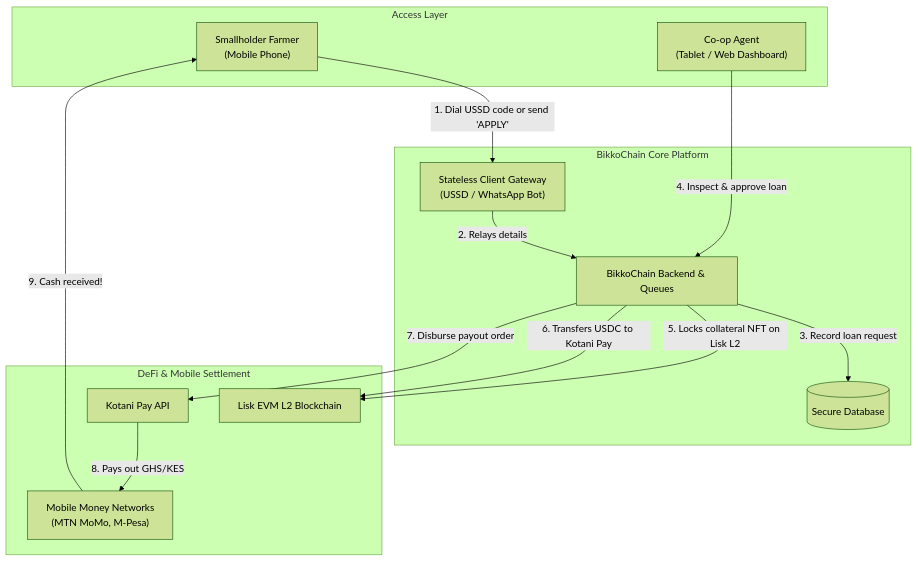
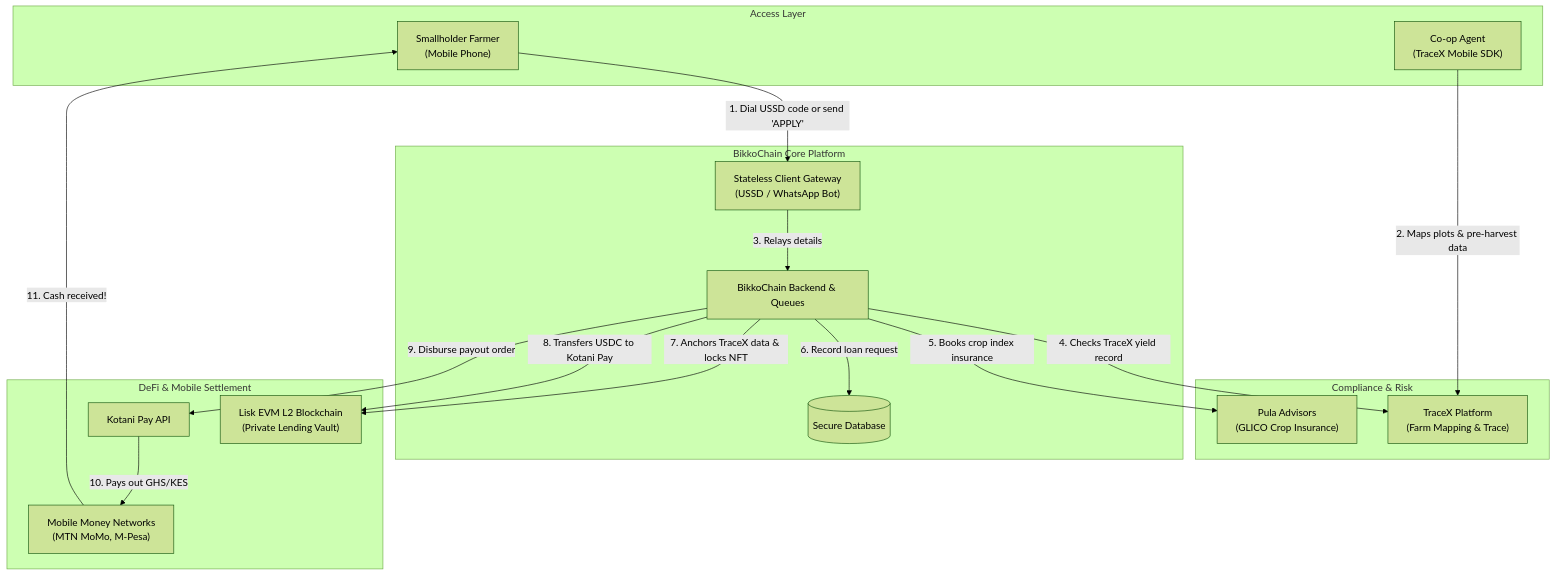
Before and after one commit to BikkoFarms/bikkofarms-platform: the first of 7 diagrams in system_architecture.md, drawn with Mermaid (forest theme). The commit also changed other lines of this file and 16 other files, not shown here.

````diff
--- a/system_architecture.md
+++ b/system_architecture.md
@@ -19,32 +21,39 @@
 ```mermaid
 graph TD
     subgraph Users ["Access Layer"]
         FARMER["Smallholder Farmer\n(Mobile Phone)"]
-        AGENT["Co-op Agent\n(Tablet / Web Dashboard)"]
+        AGENT["Co-op Agent\n(TraceX Mobile SDK)"]
     end
 
     subgraph Platform ["BikkoChain Core Platform"]
         BOT["Stateless Client Gateway\n(USSD / WhatsApp Bot)"]
         BACK["BikkoChain Backend & Queues"]
         DB[(Secure Database)]
     end
 
+    subgraph TraceCompliance ["Compliance & Risk"]
+        TRACEX["TraceX Platform\n(Farm Mapping & Trace)"]
+        PULA["Pula Advisors\n(GLICO Crop Insurance)"]
+    end
+
     subgraph Financial ["DeFi & Mobile Settlement"]
-        CHAIN["Lisk EVM L2 Blockchain"]
+        CHAIN["Lisk EVM L2 Blockchain\n(Private Lending Vault)"]
         KOTANI["Kotani Pay API"]
         MOMO["Mobile Money Networks\n(MTN MoMo, M-Pesa)"]
     end
 
     %% User Interaction
     FARMER -->|1. Dial USSD code or send 'APPLY'| BOT
-    BOT -->|2. Relays details| BACK
-    BACK -->|3. Record loan request| DB
-    AGENT -->|4. Inspect & approve loan| BACK
+    AGENT -->|2. Maps plots & pre-harvest data| TRACEX
+    BOT -->|3. Relays details| BACK
+    BACK -->|4. Checks TraceX yield record| TRACEX
+    BACK -->|5. Books crop index insurance| PULA
+    BACK -->|6. Record loan request| DB
     
     %% Settlement Flow
-    BACK -->|5. Locks collateral NFT on Lisk L2| CHAIN
-    BACK -->|6. Transfers USDC to Kotani Pay| CHAIN
-    BACK -->|7. Disburse payout order| KOTANI
-    KOTANI -->|8. Pays out GHS/KES| MOMO
-    MOMO -->|9. Cash received!| FARMER
+    BACK -->|7. Anchors TraceX data & locks NFT| CHAIN
+    BACK -->|8. Transfers USDC to Kotani Pay| CHAIN
+    BACK -->|9. Disburse payout order| KOTANI
+    KOTANI -->|10. Pays out GHS/KES| MOMO
+    MOMO -->|11. Cash received!| FARMER
 ```
````
